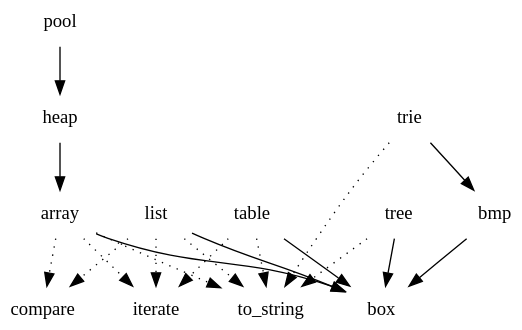
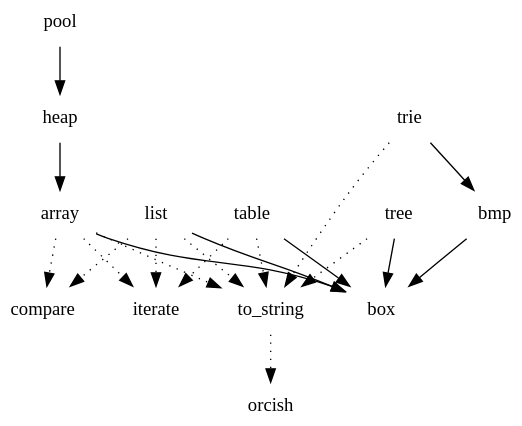
One commit to neil-edelman/boxes changed the diagram in dependencies.gv. Above: the diagram before and after it, drawn with Graphviz. The commit also changed 3 other files, not shown here.

```diff
--- a/dependencies.gv
+++ b/dependencies.gv
@@ -1,25 +1,26 @@
 digraph {
 	graph [truecolor=true, bgcolor=transparent, fontname=modern];
 	node [shape=none, fontname=modern];
 	array -> box;
 	array -> iterate [style=dotted];
 	array -> to_string [style=dotted];
 	array -> compare [style=dotted];
 	bmp -> box;
 	heap -> array;
 	#heap -> to_string [style=dotted];
 	list -> box;
 	list -> iterate [style=dotted];
 	list -> to_string [style=dotted];
 	list -> compare [style=dotted];
 	pool -> heap;
 	#pool -> to_string [style=dotted];
 	table -> box;
 	table -> iterate [style=dotted];
 	table -> to_string [style=dotted];
 	tree -> box;
 	tree -> to_string [style=dotted];
 	trie -> bmp;
 	trie -> to_string [style=dotted];
+	to_string -> orcish [style=dotted];
 	node [colour="Red"];
 }
```
